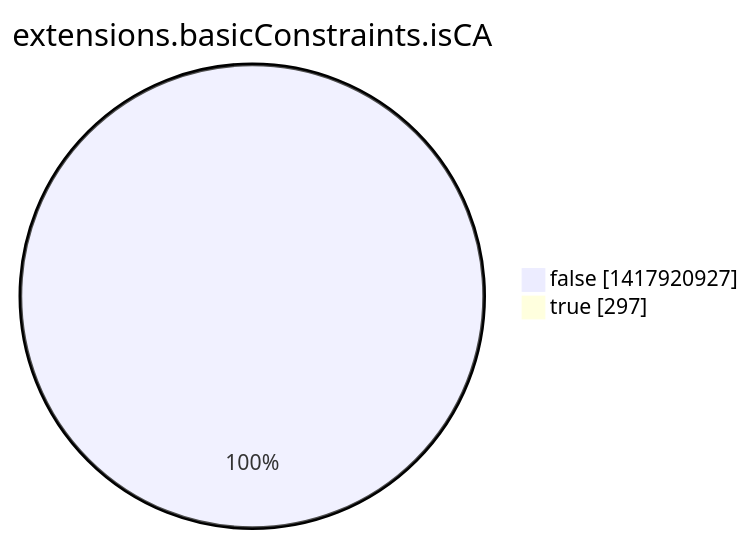
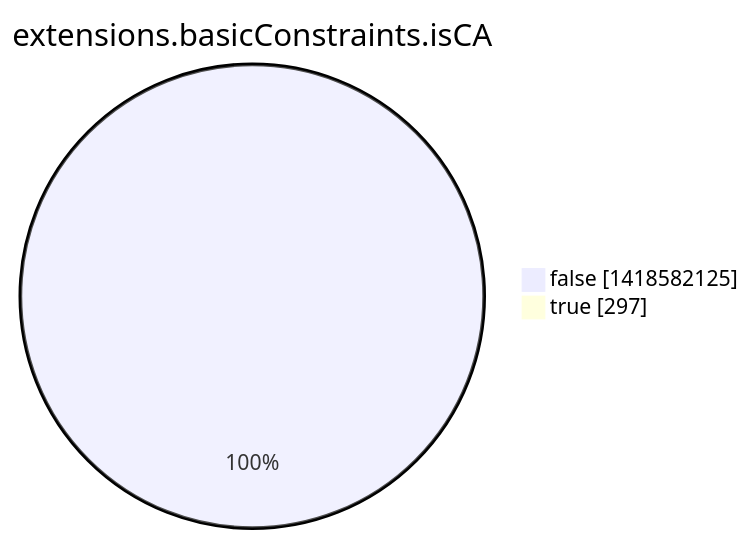
The eighth of 15 diagrams in argon2022/README.md (christiankrug/ctmonitor_visualization), drawn with Mermaid before and after one commit. The commit also changed other lines of this file, not shown here.

````diff
--- a/argon2022/README.md
+++ b/argon2022/README.md
@@ -2760,6 +2760,6 @@
 ```mermaid
 pie showData
 title extensions.basicConstraints.isCA
-"false" :1417920927
+"false" :1418582125
 "true" :297
 ```
````
